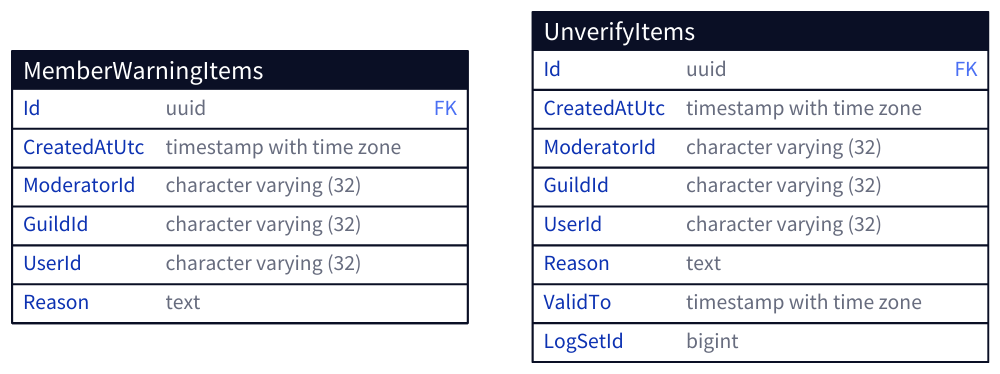
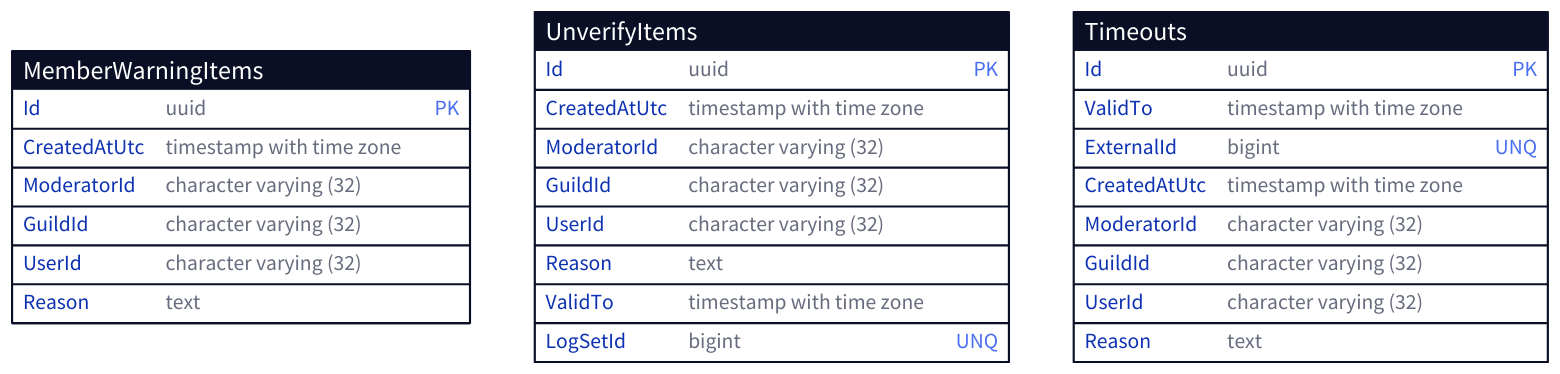
The diagram in data/database_user-measures.d2 (GrillBot/grillbot-docs), drawn with D2 before and after one commit. The commit also changed 2 other files, not shown here.

```diff
--- a/data/database_user-measures.d2
+++ b/data/database_user-measures.d2
@@ -1,23 +1,36 @@
 MemberWarningItems: {
   shape: sql_table
 
-  Id: uuid {constraint: foreign_key}
+  Id: uuid {constraint: primary_key}
   CreatedAtUtc: timestamp with time zone
   ModeratorId: character varying (32)
   GuildId: character varying (32)
   UserId: character varying (32)
   Reason: text
 }
 
 UnverifyItems: {
   shape: sql_table
 
-  Id: uuid {constraint: foreign_key}
+  Id: uuid {constraint: primary_key}
   CreatedAtUtc: timestamp with time zone
   ModeratorId: character varying (32)
   GuildId: character varying (32)
   UserId: character varying (32)
   Reason: text
   ValidTo: timestamp with time zone
-  LogSetId: bigint
+  LogSetId: bigint {constraint: unique}
 }
+
+Timeouts: {
+  shape: sql_table
+
+  Id: uuid {constraint: primary_key}
+  ValidTo: timestamp with time zone
+  ExternalId: bigint {constraint: unique}
+  CreatedAtUtc: timestamp with time zone
+  ModeratorId: character varying (32)
+  GuildId: character varying (32)
+  UserId: character varying (32)
+  Reason: text
+}
```
